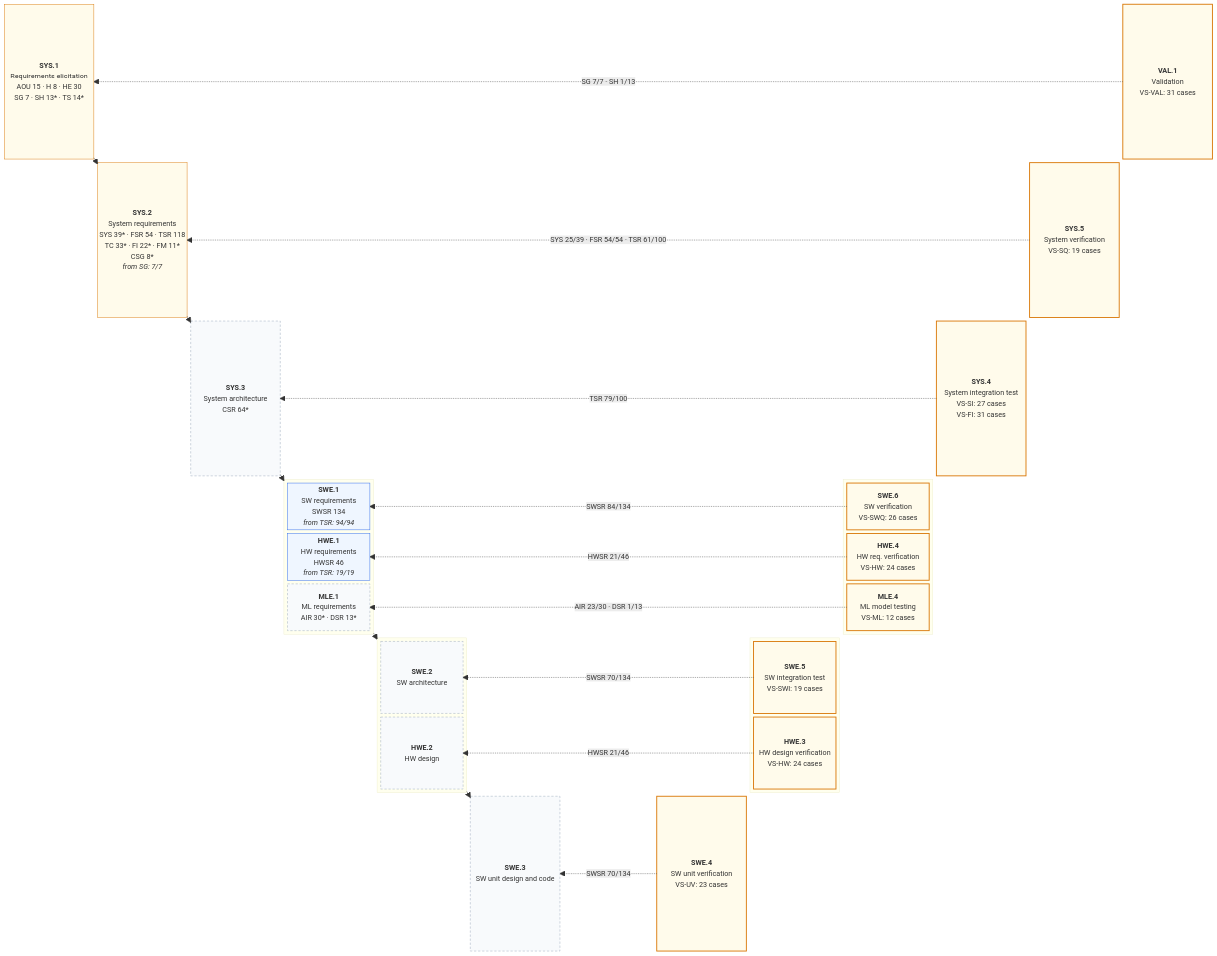
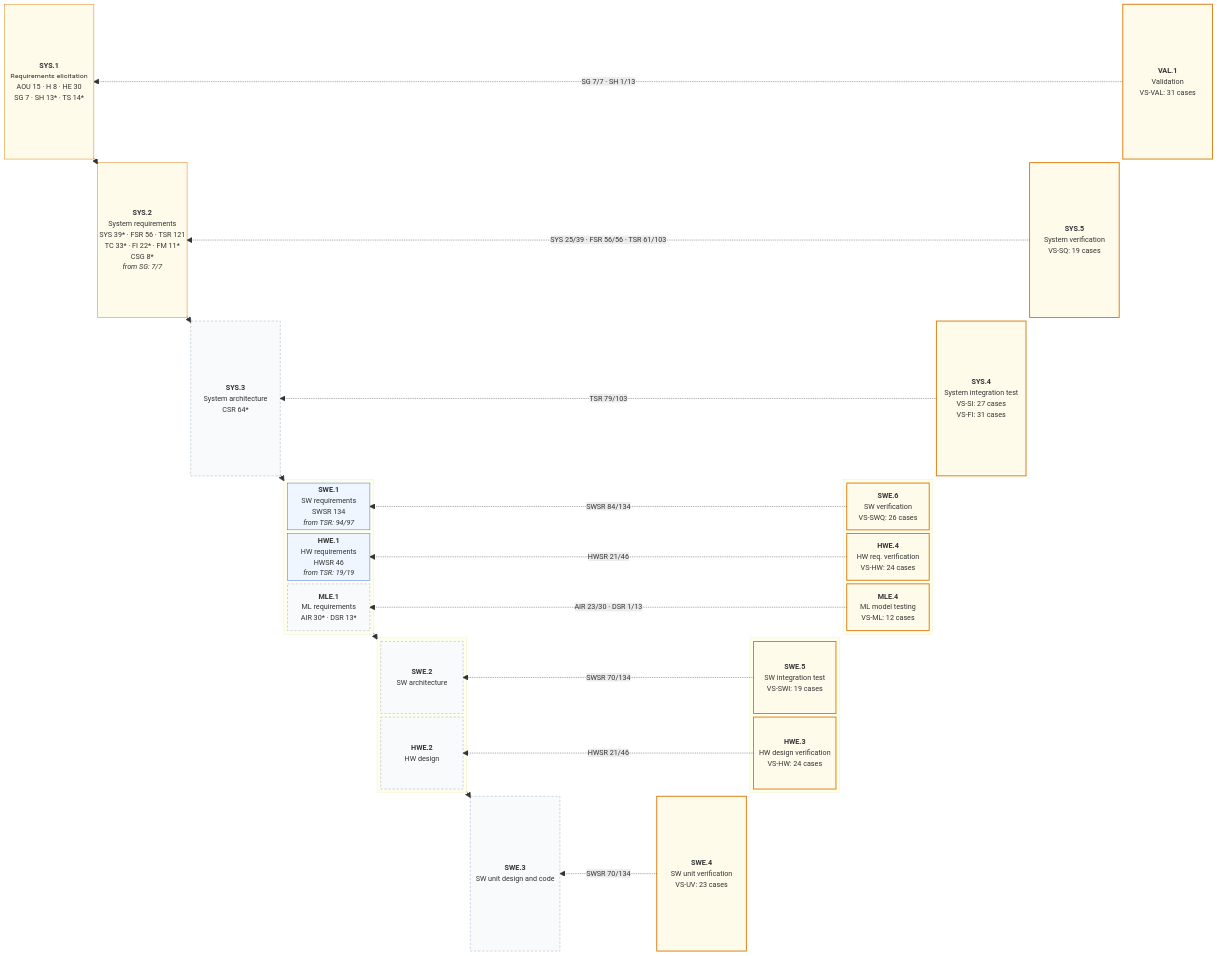
Before and after one commit to jherrodthomas/LionDriver: the first of 2 diagrams in assurance/trace/maps/aspice-trace-map.md, drawn with Mermaid. The commit also changed other lines of this file and 42 other files, not shown here.

```diff
--- a/assurance/trace/maps/aspice-trace-map.md
+++ b/assurance/trace/maps/aspice-trace-map.md
@@ -36,7 +36,7 @@
   space
   VAL1["<b>VAL.1</b><br/>Validation<br/>VS-VAL: 31 cases"]
   space
-  SYS2["<b>SYS.2</b><br/>System requirements<br/>SYS 39* · FSR 54 · TSR 118<br/>TC 33* · FI 22* · FM 11*<br/>CSG 8*<br/><i>from SG: 7/7</i>"]
+  SYS2["<b>SYS.2</b><br/>System requirements<br/>SYS 39* · FSR 56 · TSR 121<br/>TC 33* · FI 22* · FM 11*<br/>CSG 8*<br/><i>from SG: 7/7</i>"]
   space
   space
   space
@@ -66,7 +66,7 @@
   space
   block:L3
     columns 1
-    SWE1["<b>SWE.1</b><br/>SW requirements<br/>SWSR 134<br/><i>from TSR: 94/94</i>"]
+    SWE1["<b>SWE.1</b><br/>SW requirements<br/>SWSR 134<br/><i>from TSR: 94/97</i>"]
     HWE1["<b>HWE.1</b><br/>HW requirements<br/>HWSR 46<br/><i>from TSR: 19/19</i>"]
     MLE1["<b>MLE.1</b><br/>ML requirements<br/>AIR 30* · DSR 13*"]
   end
@@ -124,8 +124,8 @@
   L3 --> L4
   L4 --> SWE3
   VAL1 -. "SG 7/7 · SH 1/13" .-> SYS1
-  SYS5 -. "SYS 25/39 · FSR 54/54 · TSR 61/100" .-> SYS2
-  SYS4 -. "TSR 79/100" .-> SYS3
+  SYS5 -. "SYS 25/39 · FSR 56/56 · TSR 61/103" .-> SYS2
+  SYS4 -. "TSR 79/103" .-> SYS3
   SWE6 -. "SWSR 84/134" .-> SWE1
   HWE4 -. "HWSR 21/46" .-> HWE1
   MLE4 -. "AIR 23/30 · DSR 1/13" .-> MLE1
```
